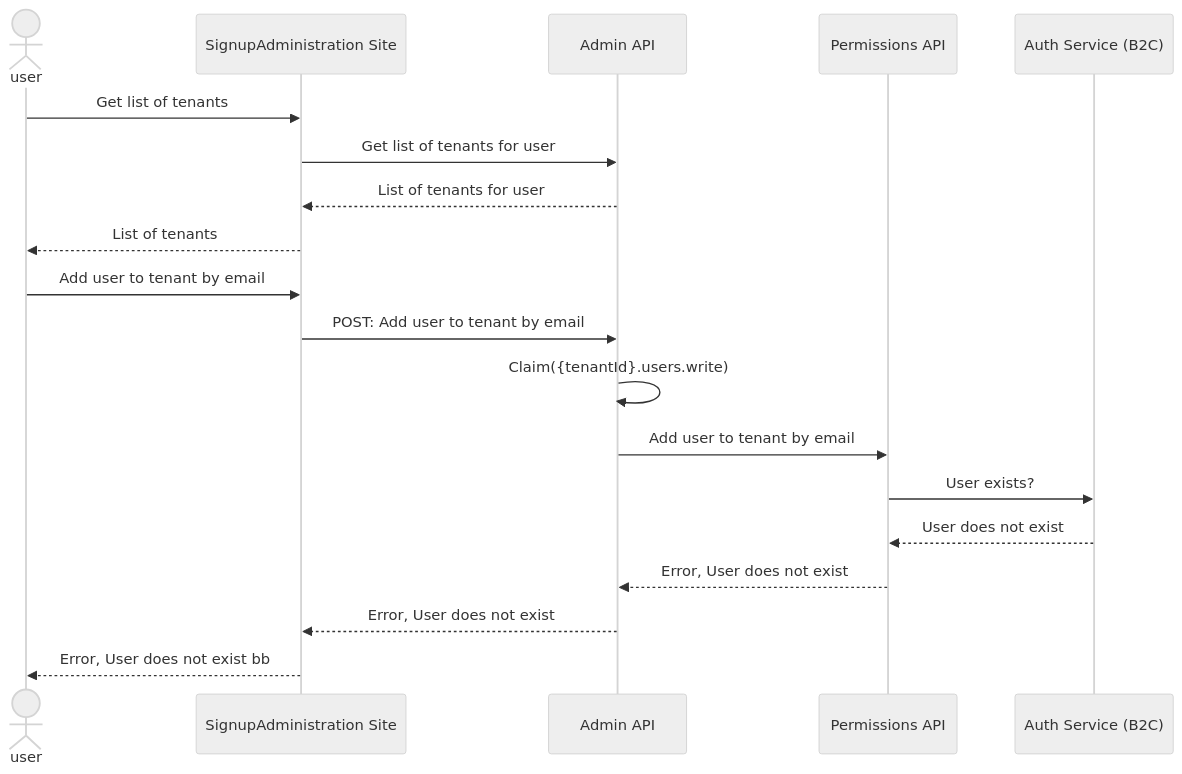
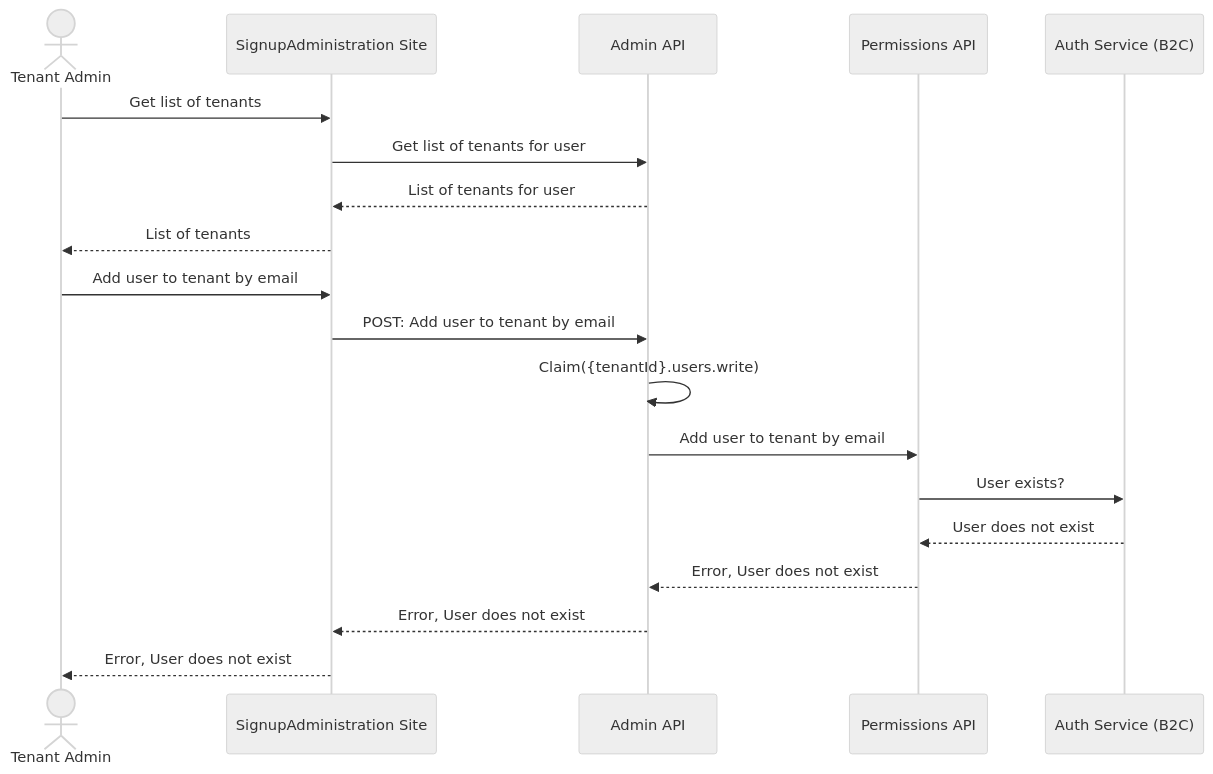
One commit to Azure/azure-saas changed the third of 3 diagrams in docs/azure-saas-docs/content/en/components/signup-administration.md. Above: the diagram before and after it, drawn with Mermaid (neutral theme). The commit also changed other lines of this file and 9 other files, not shown here.

````diff
--- a/docs/azure-saas-docs/content/en/components/signup-administration.md
+++ b/docs/azure-saas-docs/content/en/components/signup-administration.md
@@ -93,22 +100,22 @@
 ```mermaid
 sequenceDiagram
-actor user
+actor user as Tenant Admin
 participant signup as SignupAdministration Site
 participant admin as Admin API
 participant perm as Permissions API
 participant auth as Auth Service (B2C)
 
 user->>signup : Get list of tenants
 signup->>admin : Get list of tenants for user
 admin-->>signup : List of tenants for user
 signup-->>user : List of tenants
 user->>signup : Add user to tenant by email
 signup->>admin : POST: Add user to tenant by email
 admin->>admin : Claim({tenantId}.users.write)
 admin->>perm : Add user to tenant by email
 perm->>auth : User exists?
 auth-->>perm : User does not exist
 perm-->>admin : Error, User does not exist
 admin-->>signup : Error, User does not exist
-signup-->>user : Error, User does not exist                   bb    
+signup-->>user : Error, User does not exist    
 ```
````
